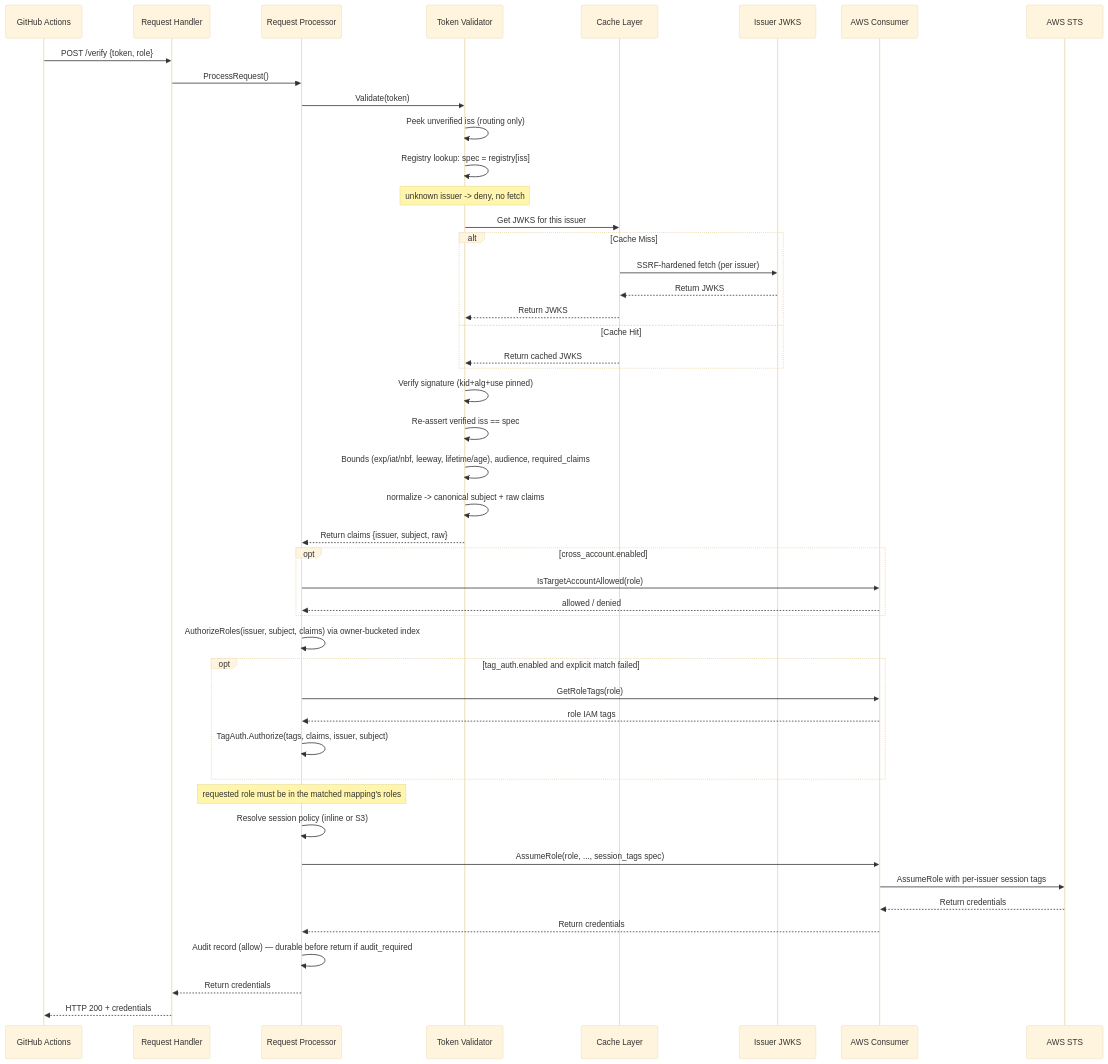
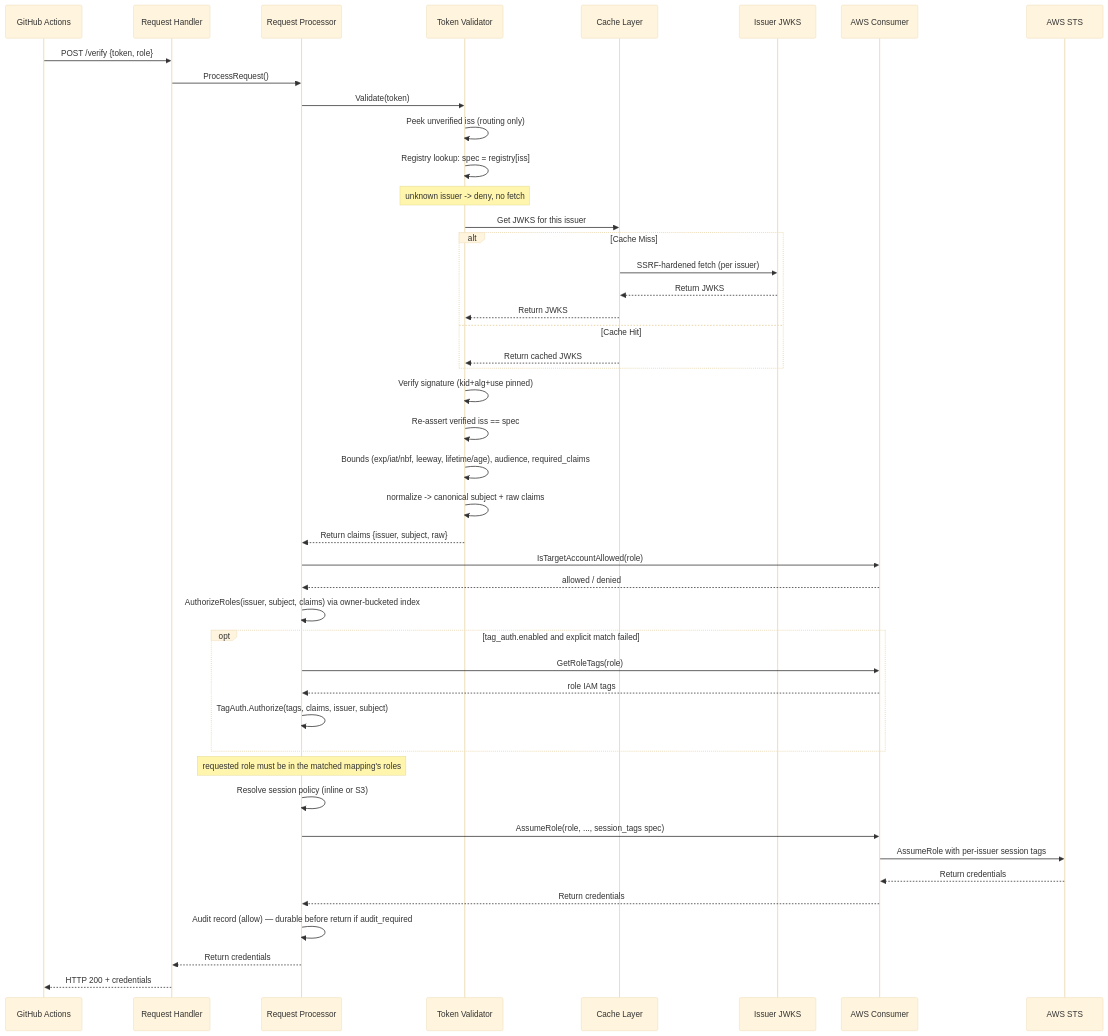
The second of 7 diagrams in docs/ARCHITECTURE.md (boogy/aws-oidc-warden), drawn with Mermaid (base theme) before and after one commit. The commit also changed other lines of this file and 122 other files, not shown here.

````diff
--- a/docs/ARCHITECTURE.md
+++ b/docs/ARCHITECTURE.md
@@ -112,58 +124,56 @@
 ```mermaid
 sequenceDiagram
     participant Client as GitHub Actions
     participant Handler as Request Handler
     participant Processor as Request Processor
     participant Validator as Token Validator
     participant Cache as Cache Layer
     participant JWKS as Issuer JWKS
     participant Consumer as AWS Consumer
     participant STS as AWS STS
 
     Client->>Handler: POST /verify {token, role}
     Handler->>Processor: ProcessRequest()
 
     Processor->>Validator: Validate(token)
     Validator->>Validator: Peek unverified iss (routing only)
     Validator->>Validator: Registry lookup: spec = registry[iss]
     Note over Validator: unknown issuer -> deny, no fetch
     Validator->>Cache: Get JWKS for this issuer
 
     alt Cache Miss
         Cache->>JWKS: SSRF-hardened fetch (per issuer)
         JWKS-->>Cache: Return JWKS
         Cache-->>Validator: Return JWKS
     else Cache Hit
         Cache-->>Validator: Return cached JWKS
     end
 
     Validator->>Validator: Verify signature (kid+alg+use pinned)
     Validator->>Validator: Re-assert verified iss == spec
     Validator->>Validator: Bounds (exp/iat/nbf, leeway, lifetime/age), audience, required_claims
     Validator->>Validator: normalize -> canonical subject + raw claims
     Validator-->>Processor: Return claims {issuer, subject, raw}
 
-    opt cross_account.enabled
-        Processor->>Consumer: IsTargetAccountAllowed(role)
-        Consumer-->>Processor: allowed / denied
-    end
+    Processor->>Consumer: IsTargetAccountAllowed(role)
+    Consumer-->>Processor: allowed / denied
 
     Processor->>Processor: AuthorizeRoles(issuer, subject, claims) via owner-bucketed index
 
     opt tag_auth.enabled and explicit match failed
         Processor->>Consumer: GetRoleTags(role)
         Consumer-->>Processor: role IAM tags
         Processor->>Processor: TagAuth.Authorize(tags, claims, issuer, subject)
     end
 
     Note over Processor: requested role must be in the matched mapping's roles
     Processor->>Processor: Resolve session policy (inline or S3)
     Processor->>Consumer: AssumeRole(role, ..., session_tags spec)
 
     Consumer->>STS: AssumeRole with per-issuer session tags
     STS-->>Consumer: Return credentials
     Consumer-->>Processor: Return credentials
     Processor->>Processor: Audit record (allow) — durable before return if audit_required
     Processor-->>Handler: Return credentials
     Handler-->>Client: HTTP 200 + credentials
 ```
````
